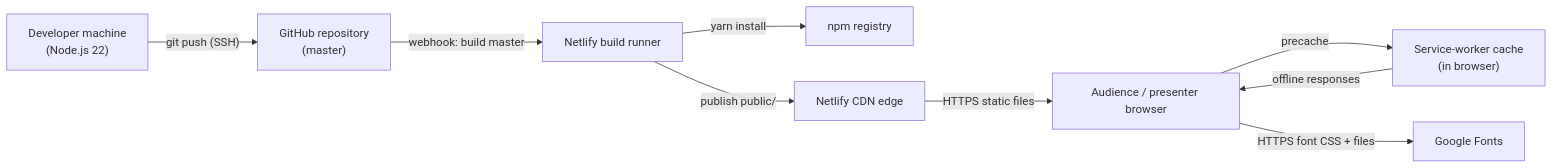
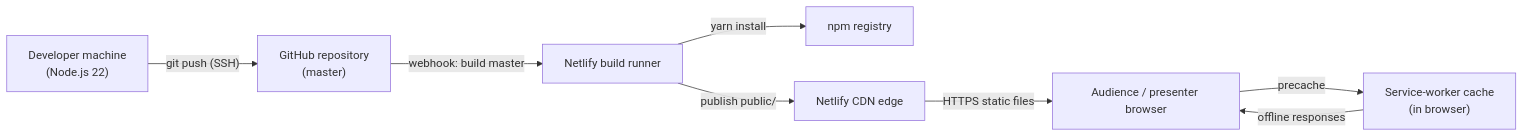
The diagram in .specify/architect/views/system/deployment.md (sshahar1/introduction-to-data-engineering), drawn with Mermaid before and after one commit. The commit also changed other lines of this file and 10 other files, not shown here.

````diff
--- a/.specify/architect/views/system/deployment.md
+++ b/.specify/architect/views/system/deployment.md
@@ -26,20 +26,18 @@
 ```mermaid
 graph LR
     Dev["Developer machine<br/>(Node.js 22)"]
     GH["GitHub repository<br/>(master)"]
     NB["Netlify build runner"]
     NPM["npm registry"]
     CDN["Netlify CDN edge"]
     BR["Audience / presenter browser"]
     SW["Service-worker cache<br/>(in browser)"]
-    GF["Google Fonts"]
 
     Dev -->|"git push (SSH)"| GH
     GH -->|"webhook: build master"| NB
     NB -->|"yarn install"| NPM
     NB -->|"publish public/"| CDN
     CDN -->|"HTTPS static files"| BR
     BR -->|"precache"| SW
     SW -->|"offline responses"| BR
-    BR -->|"HTTPS font CSS + files"| GF
 ```
````
